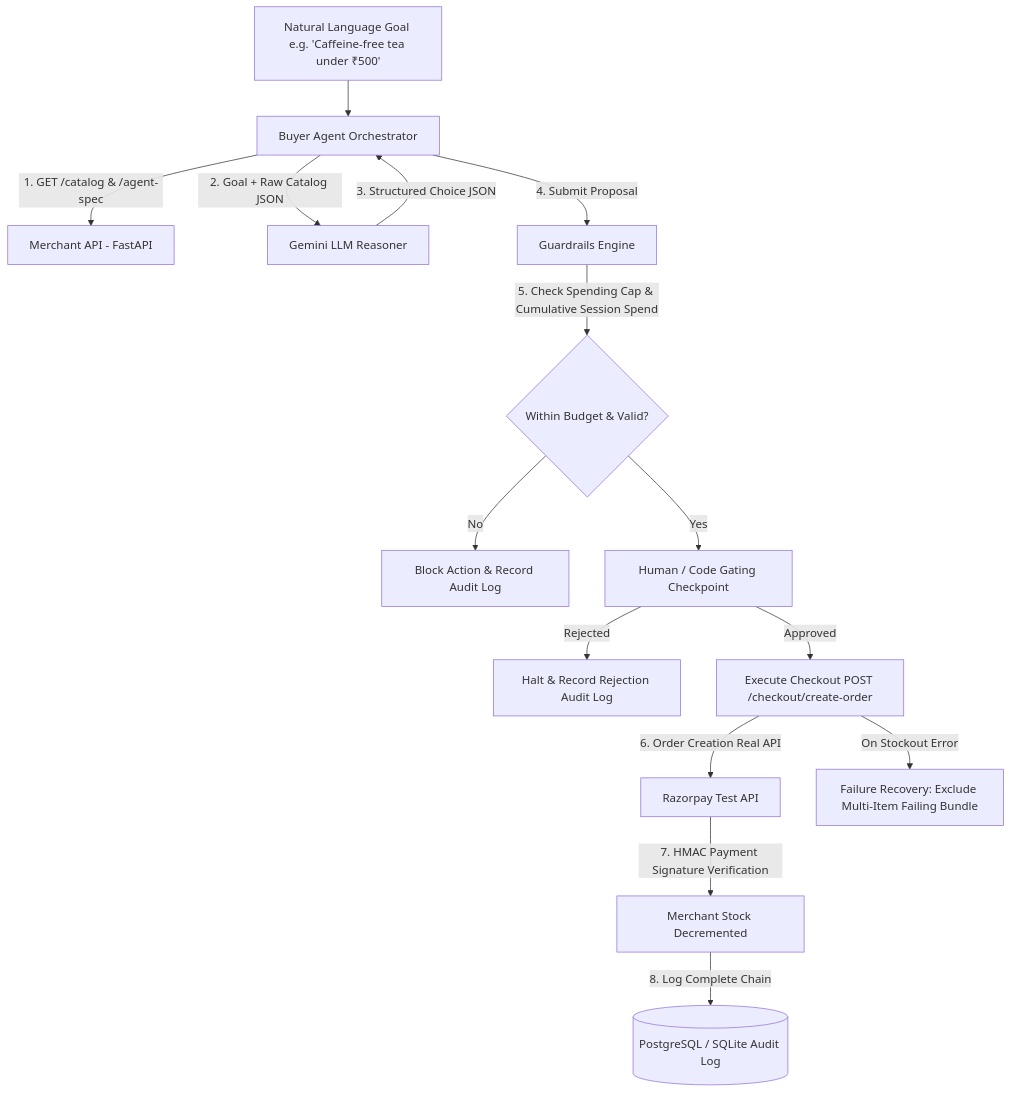
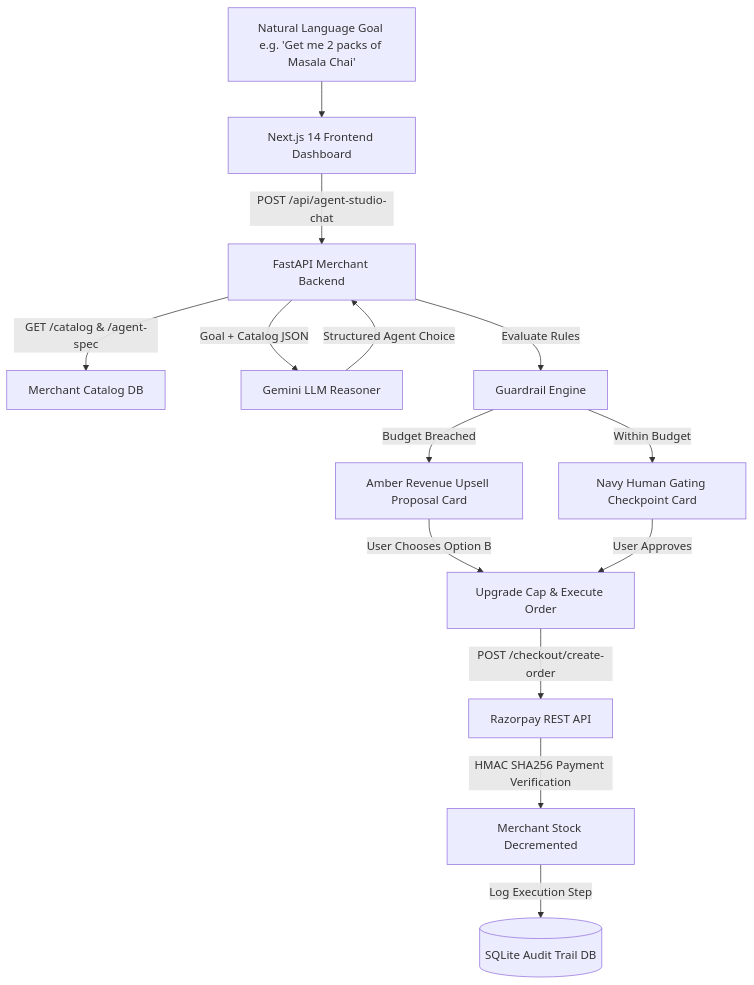
The diagram in README.md (Ashpat007/track1test), drawn with Mermaid before and after one commit. The commit also changed other lines of this file, not shown here.

Commit message:
docs: update README with comprehensive scenario walkthroughs, system workflow diagrams, and screenshot guidelines

````diff
--- a/README.md
+++ b/README.md
@@ -25,17 +29,16 @@
 ```mermaid
 graph TD
-    A[Natural Language Goal e.g. 'Caffeine-free tea under ₹500'] --> B[Buyer Agent Orchestrator]
-    B -->|1. GET /catalog & /agent-spec| C[Merchant API - FastAPI]
-    B -->|2. Goal + Raw Catalog JSON| D[Gemini LLM Reasoner]
-    D -->|3. Structured Choice JSON| B
-    B -->|4. Submit Proposal| E[Guardrails Engine]
-    E -->|5. Check Spending Cap & Cumulative Session Spend| F{Within Budget & Valid?}
-    F -->|No| G[Block Action & Record Audit Log]
-    F -->|Yes| H[Human / Code Gating Checkpoint]
-    H -->|Rejected| I[Halt & Record Rejection Audit Log]
-    H -->|Approved| J[Execute Checkout POST /checkout/create-order]
-    J -->|6. Order Creation Real API| K[Razorpay Test API]
-    K -->|7. HMAC Payment Signature Verification| L[Merchant Stock Decremented]
-    L -->|8. Log Complete Chain| M[(PostgreSQL / SQLite Audit Log)]
-    J -->|On Stockout Error| N[Failure Recovery: Exclude Multi-Item Failing Bundle]
+    A[Natural Language Goal e.g. 'Get me 2 packs of Masala Chai'] --> B[Next.js 14 Frontend Dashboard]
+    B -->|POST /api/agent-studio-chat| C[FastAPI Merchant Backend]
+    C -->|GET /catalog & /agent-spec| D[Merchant Catalog DB]
+    C -->|Goal + Catalog JSON| E[Gemini LLM Reasoner]
+    E -->|Structured Agent Choice| C
+    C -->|Evaluate Rules| F[Guardrail Engine]
+    F -->|Budget Breached| G[Amber Revenue Upsell Proposal Card]
+    F -->|Within Budget| H[Navy Human Gating Checkpoint Card]
+    G -->|User Chooses Option B| I[Upgrade Cap & Execute Order]
+    H -->|User Approves| I
+    I -->|POST /checkout/create-order| J[Razorpay REST API]
+    J -->|HMAC SHA256 Payment Verification| K[Merchant Stock Decremented]
+    K -->|Log Execution Step| L[(SQLite Audit Trail DB)]
 ```
````
